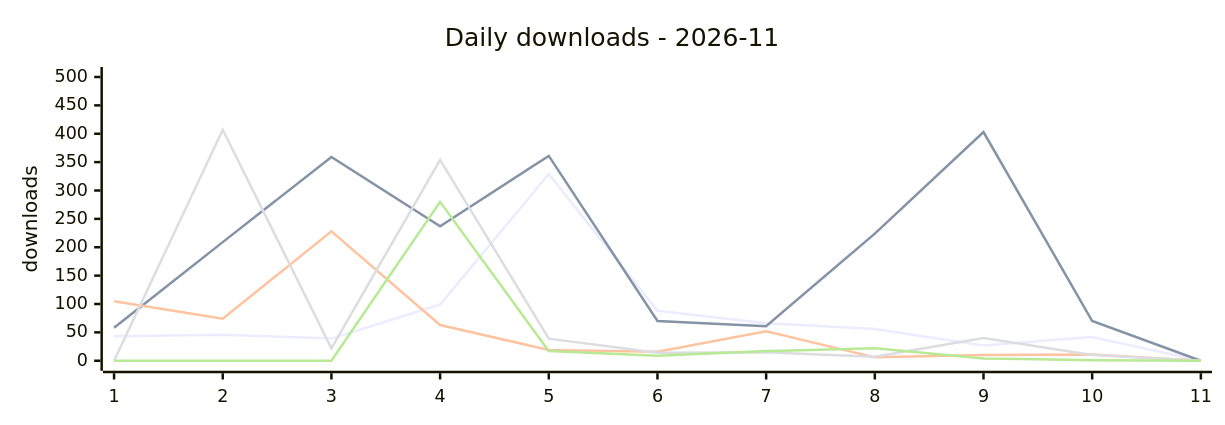
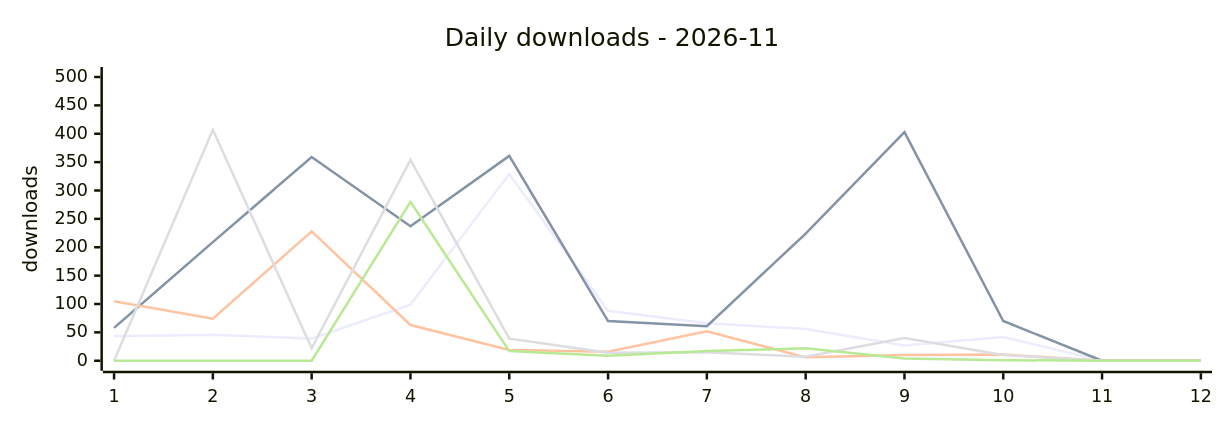
One commit to terry2010/npm-downloads-tracker changed the first of 2 diagrams in DASHBOARD.md. Above: the diagram before and after it, drawn with Mermaid. The commit also changed other lines of this file and 1 other file, not shown here.

````diff
--- a/DASHBOARD.md
+++ b/DASHBOARD.md
@@ -25,12 +25,12 @@
 ```mermaid
 %%{init: {'xyChart': {'width': 960, 'height': 320}}}%%
 xychart-beta
     title "Daily downloads - 2026-11"
-    x-axis ["1", "2", "3", "4", "5", "6", "7", "8", "9", "10", "11"]
+    x-axis ["1", "2", "3", "4", "5", "6", "7", "8", "9", "10", "11", "12"]
     y-axis "downloads" 0 --> 500
-    line "dsh-loop-recover" [43, 46, 39, 99, 329, 88, 66, 56, 27, 42, 0]
-    line "dsh-rss-news-daily" [58, 209, 359, 237, 361, 70, 61, 224, 403, 70, 0]
-    line "opencode-loop-recover" [105, 74, 228, 63, 19, 16, 52, 6, 10, 11, 0]
-    line "oc-market-quail-zephyr-72a0" [0, 407, 22, 354, 39, 14, 15, 7, 40, 10, 0]
-    line "awesome-opencode-market" [0, 0, 0, 280, 17, 9, 17, 22, 4, 1, 0]
+    line "dsh-loop-recover" [43, 46, 39, 99, 329, 88, 66, 56, 27, 42, 0, 0]
+    line "dsh-rss-news-daily" [58, 209, 359, 237, 361, 70, 61, 224, 403, 70, 0, 0]
+    line "opencode-loop-recover" [105, 74, 228, 63, 19, 16, 52, 6, 10, 11, 0, 0]
+    line "oc-market-quail-zephyr-72a0" [0, 407, 22, 354, 39, 14, 15, 7, 40, 10, 0, 0]
+    line "awesome-opencode-market" [0, 0, 0, 280, 17, 9, 17, 22, 4, 1, 0, 0]
 ```
````
